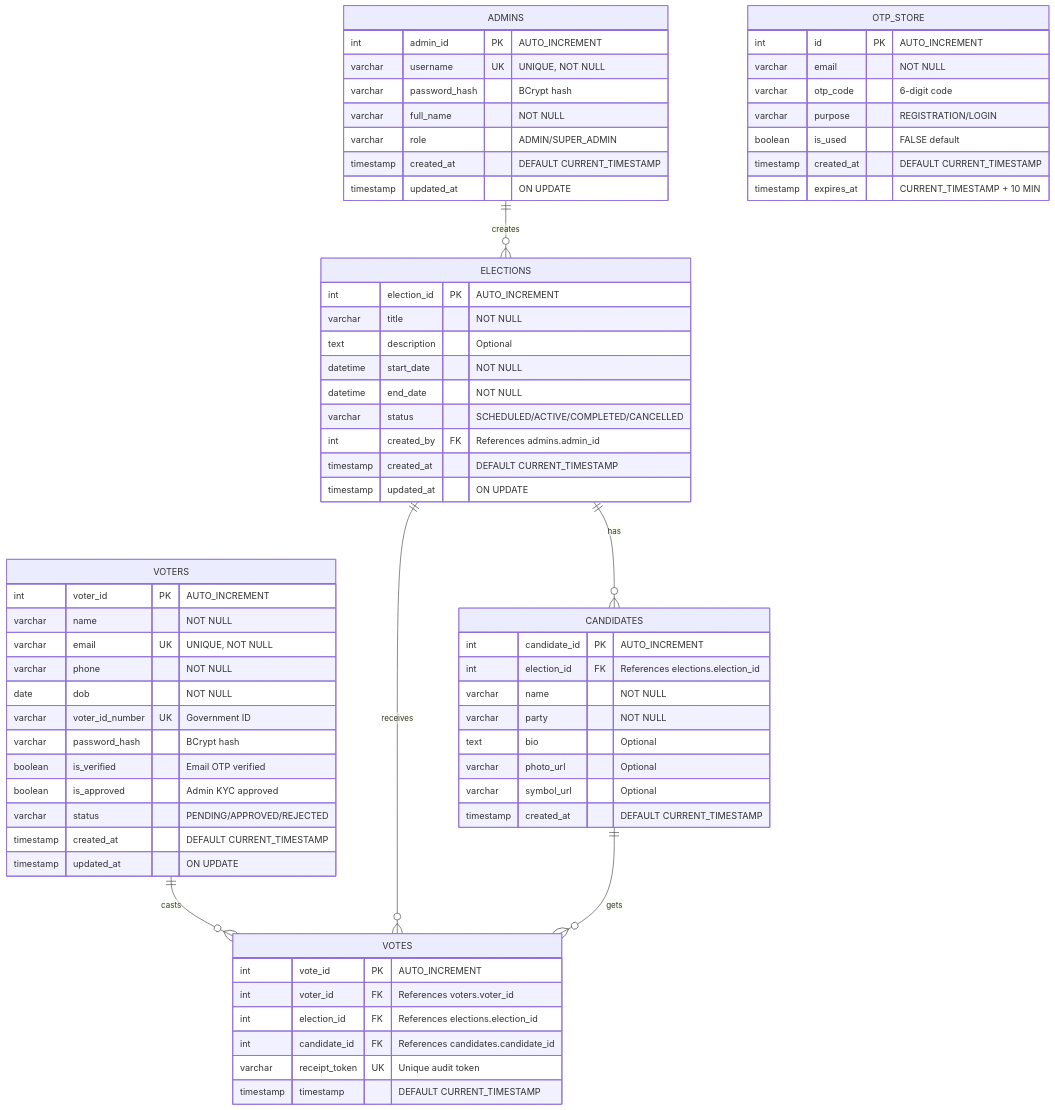
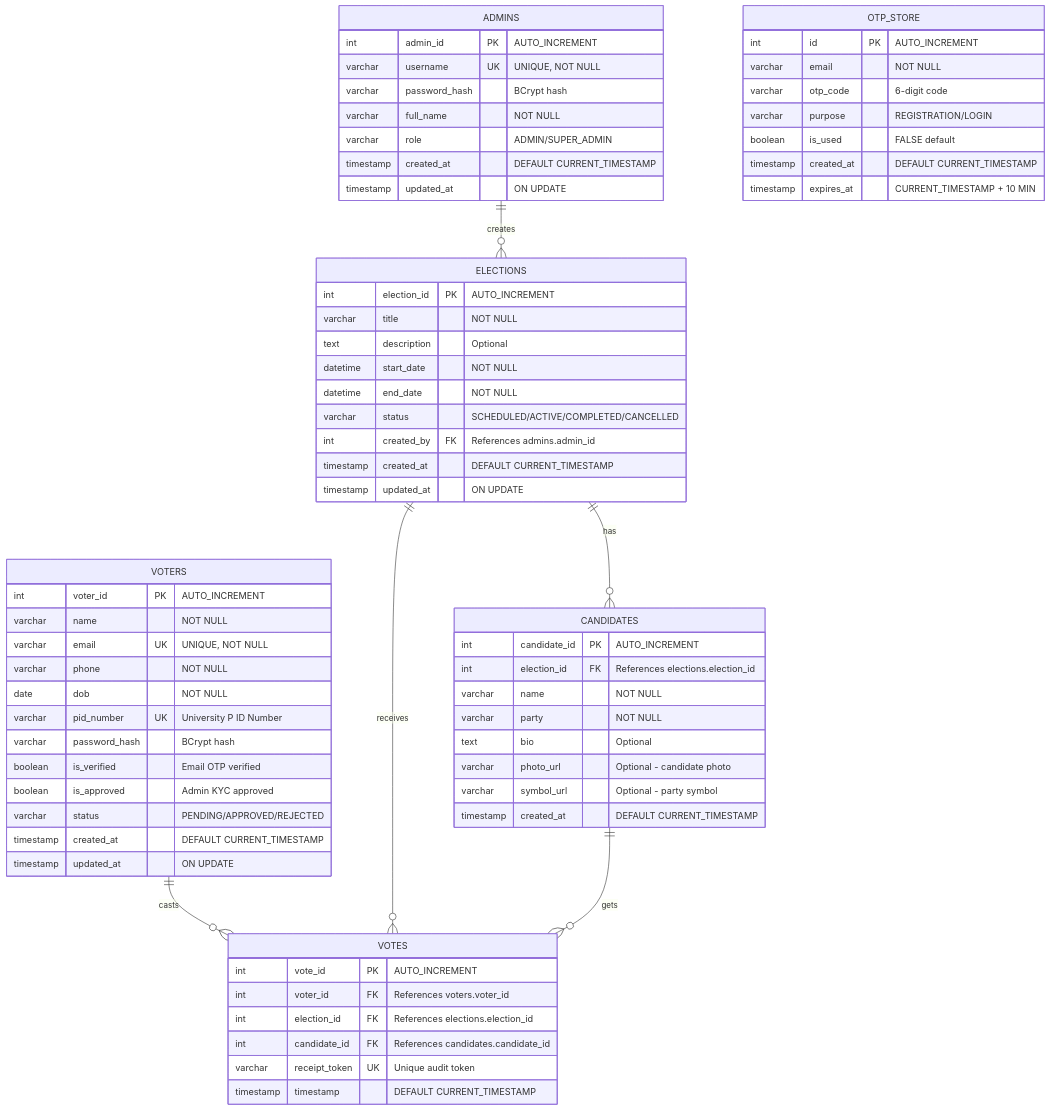
One commit to kartikeysingh72/E-Voting changed the fourth of 21 diagrams in TECHNICAL_DOCUMENTATION.md. Above: the diagram before and after it, drawn with Mermaid. The commit also changed other lines of this file and 2 other files, not shown here.

````diff
--- a/TECHNICAL_DOCUMENTATION.md
+++ b/TECHNICAL_DOCUMENTATION.md
@@ -306,75 +328,75 @@
 ```mermaid
 erDiagram
     ADMINS {
         int admin_id PK "AUTO_INCREMENT"
         varchar username UK "UNIQUE, NOT NULL"
         varchar password_hash "BCrypt hash"
         varchar full_name "NOT NULL"
         varchar role "ADMIN/SUPER_ADMIN"
         timestamp created_at "DEFAULT CURRENT_TIMESTAMP"
         timestamp updated_at "ON UPDATE"
     }
 
     VOTERS {
         int voter_id PK "AUTO_INCREMENT"
         varchar name "NOT NULL"
         varchar email UK "UNIQUE, NOT NULL"
         varchar phone "NOT NULL"
         date dob "NOT NULL"
-        varchar voter_id_number UK "Government ID"
+        varchar pid_number UK "University P ID Number"
         varchar password_hash "BCrypt hash"
         boolean is_verified "Email OTP verified"
         boolean is_approved "Admin KYC approved"
         varchar status "PENDING/APPROVED/REJECTED"
         timestamp created_at "DEFAULT CURRENT_TIMESTAMP"
         timestamp updated_at "ON UPDATE"
     }
 
     ELECTIONS {
         int election_id PK "AUTO_INCREMENT"
         varchar title "NOT NULL"
         text description "Optional"
         datetime start_date "NOT NULL"
         datetime end_date "NOT NULL"
         varchar status "SCHEDULED/ACTIVE/COMPLETED/CANCELLED"
         int created_by FK "References admins.admin_id"
         timestamp created_at "DEFAULT CURRENT_TIMESTAMP"
         timestamp updated_at "ON UPDATE"
     }
 
     CANDIDATES {
         int candidate_id PK "AUTO_INCREMENT"
         int election_id FK "References elections.election_id"
         varchar name "NOT NULL"
         varchar party "NOT NULL"
         text bio "Optional"
-        varchar photo_url "Optional"
-        varchar symbol_url "Optional"
+        varchar photo_url "Optional - candidate photo"
+        varchar symbol_url "Optional - party symbol"
         timestamp created_at "DEFAULT CURRENT_TIMESTAMP"
     }
 
     VOTES {
         int vote_id PK "AUTO_INCREMENT"
         int voter_id FK "References voters.voter_id"
         int election_id FK "References elections.election_id"
         int candidate_id FK "References candidates.candidate_id"
         varchar receipt_token UK "Unique audit token"
         timestamp timestamp "DEFAULT CURRENT_TIMESTAMP"
     }
 
     OTP_STORE {
         int id PK "AUTO_INCREMENT"
         varchar email "NOT NULL"
         varchar otp_code "6-digit code"
         varchar purpose "REGISTRATION/LOGIN"
         boolean is_used "FALSE default"
         timestamp created_at "DEFAULT CURRENT_TIMESTAMP"
         timestamp expires_at "CURRENT_TIMESTAMP + 10 MIN"
     }
 
     ADMINS ||--o{ ELECTIONS : "creates"
     ELECTIONS ||--o{ CANDIDATES : "has"
     VOTERS ||--o{ VOTES : "casts"
     ELECTIONS ||--o{ VOTES : "receives"
     CANDIDATES ||--o{ VOTES : "gets"
 ```
````
